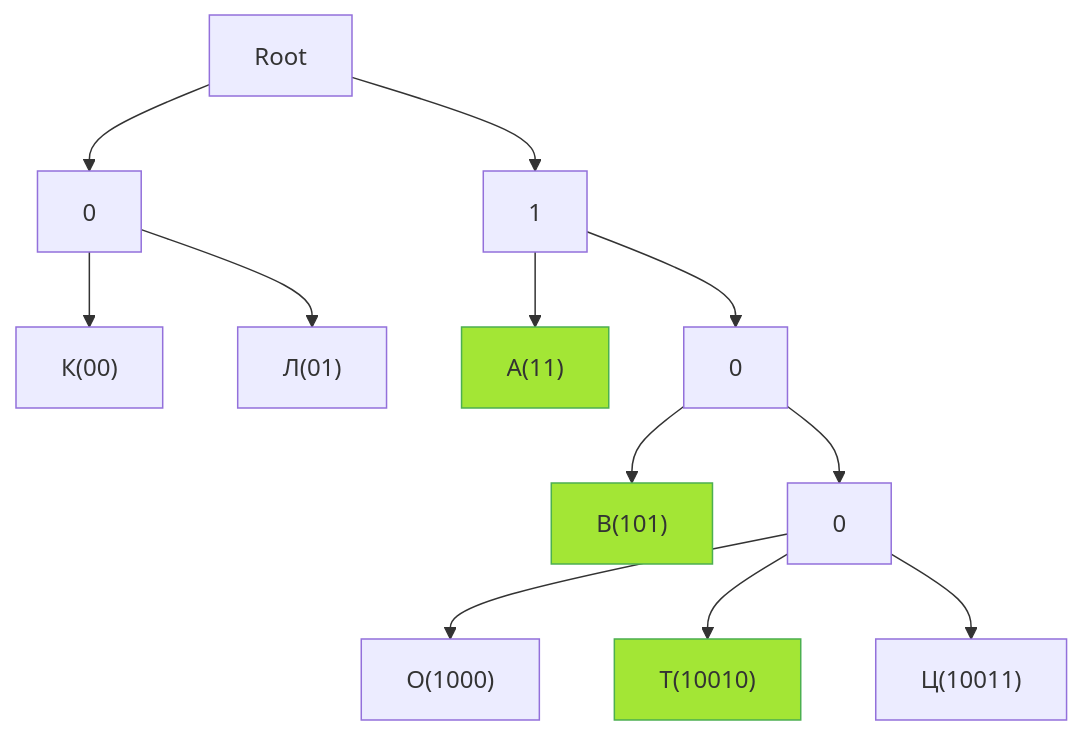
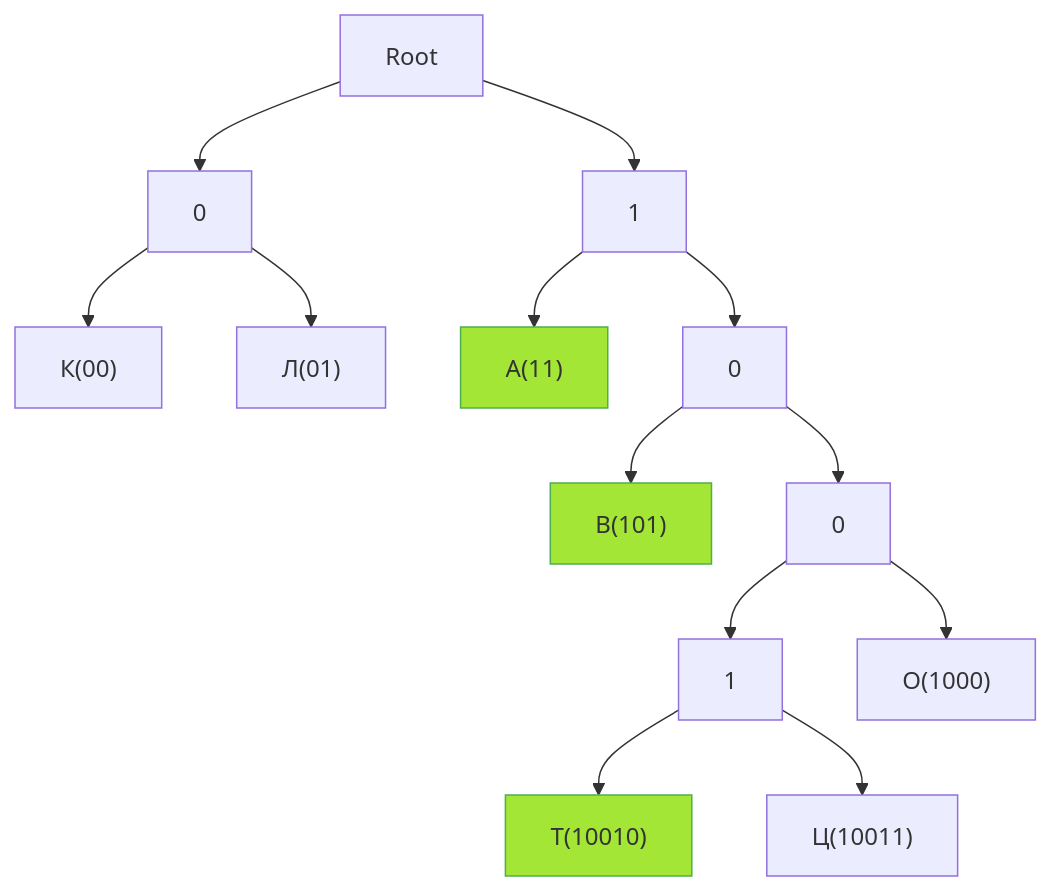
The second of 3 diagrams in ЕГЭ по информатике/Задание 04/Теория по заданию 4.md (lotossoks/informatics_EGE), drawn with Mermaid before and after one commit.

Commit message:
Update Теория по заданию 4.md

````diff
--- a/ЕГЭ по информатике/Задание 04/Теория по заданию 4.md
+++ b/ЕГЭ по информатике/Задание 04/Теория по заданию 4.md
@@ -30,13 +30,13 @@
 ```mermaid
 graph TD
     R1[Root] --> 0 --> K["К(00)"]
     0 --> L["Л(01)"]
-    R1 --> 1 --> A["А(11)"]
+    R1 --> 1["1"] --> A["А(11)"]
     1 --> X["0"] --> B["В(101)"]
     X --> Y["0"] --> O["О(1000)"]
-    Y --> T["Т(10010)"]
-    Y --> C["Ц(10011)"]
+    Y --> 2["1"] --> T["Т(10010)"]
+    2["1"] --> C["Ц(10011)"]
     style A fill:#a3e635,stroke:#4caf50
     style B fill:#a3e635,stroke:#4caf50
     style T fill:#a3e635,stroke:#4caf50
 ```
````
